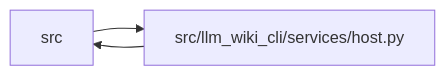
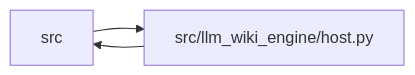
Before and after one commit to Denissvgn/python-wiki-llm: the diagram in docs/llm_wiki/modules/host.md, drawn with Mermaid. The commit also changed other lines of this file and 1103 other files, not shown here.

First line of the commit message:
docs: refresh the wiki for the llm-wiki-engine distribution

````diff
--- a/docs/llm_wiki/modules/host.md
+++ b/docs/llm_wiki/modules/host.md
@@ -52,8 +52,8 @@
 ```mermaid
 flowchart LR
     n0["src"]
-    n1["src/llm_wiki_cli/services/host.py"]
+    n1["src/llm_wiki_engine/host.py"]
     n0 --> n1
     n1 --> n0
     click n1 "../modules/host.md"
 ```
````
